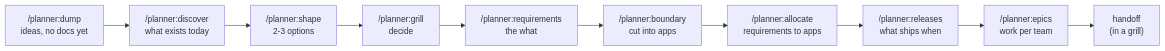
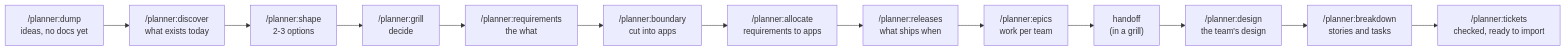
Before and after one commit to smalls257/vela: the second of 2 diagrams in docs/GUIDE.md, drawn with Mermaid. The commit also changed other lines of this file and 1 other file, not shown here.

First line of the commit message:
Guide: the journey runs through design, breakdown and tickets; /planner:tickets and planner tickets documented

````diff
--- a/docs/GUIDE.md
+++ b/docs/GUIDE.md
@@ -97,12 +97,15 @@
 ```mermaid
 flowchart LR
   A["/planner:dump<br/>ideas, no docs yet"] --> B["/planner:discover<br/>what exists today"]
   B --> C["/planner:shape<br/>2-3 options"]
   C --> D["/planner:grill<br/>decide"]
   D --> E["/planner:requirements<br/>the what"]
   E --> F["/planner:boundary<br/>cut into apps"]
   F --> G["/planner:allocate<br/>requirements to apps"]
   G --> H["/planner:releases<br/>what ships when"]
   H --> I["/planner:epics<br/>work per team"]
   I --> J["handoff<br/>(in a grill)"]
+  J --> K["/planner:design<br/>the team's design"]
+  K --> L["/planner:breakdown<br/>stories and tasks"]
+  L --> M["/planner:tickets<br/>checked, ready to import"]
 ```
````
